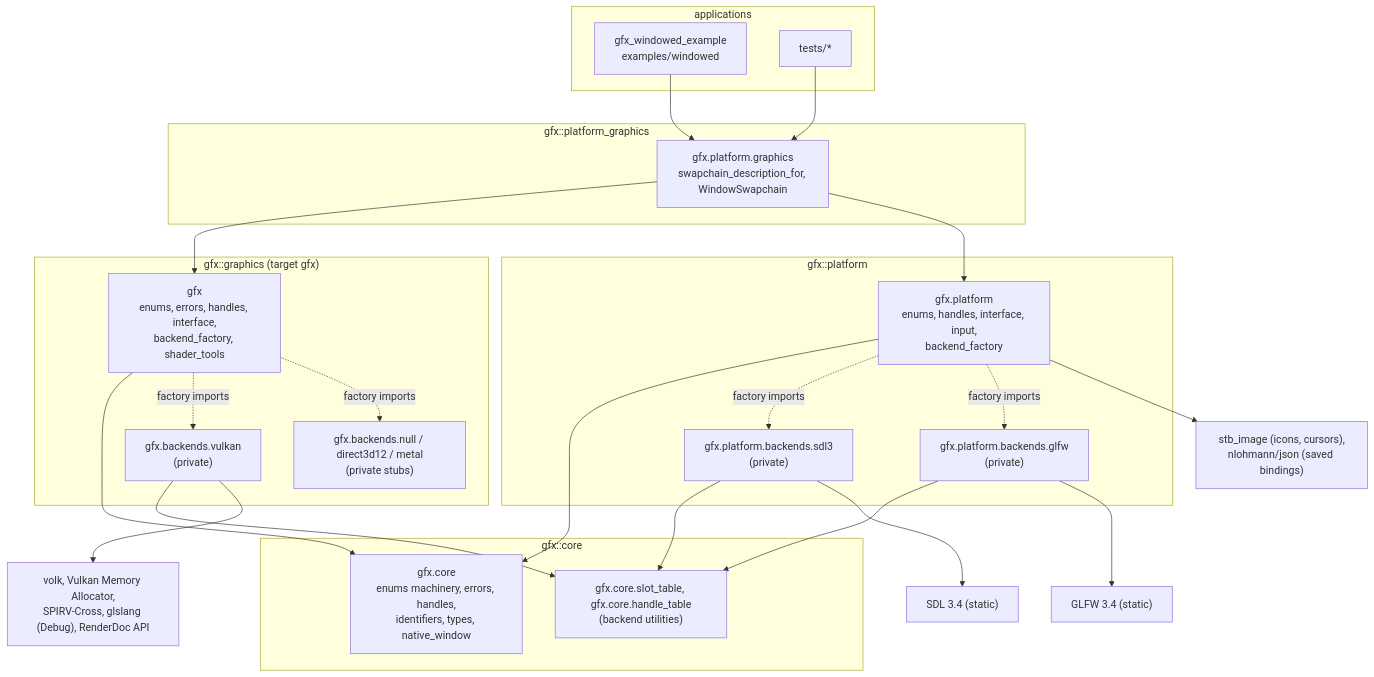
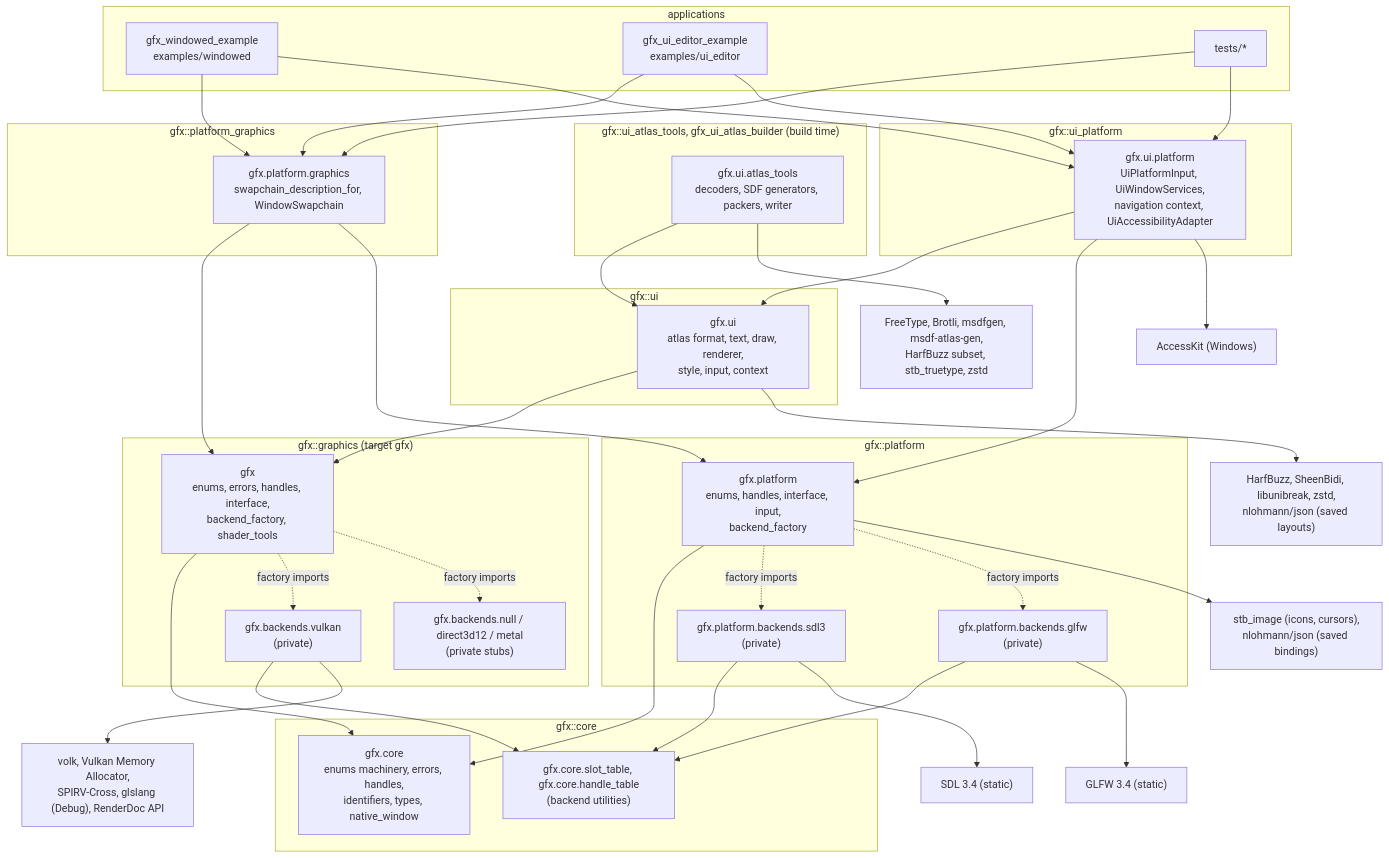
The first of 22 diagrams in docs/architecture.md (bueno-mhc/gfx), drawn with Mermaid before and after one commit. The commit also changed other lines of this file and 14 other files, not shown here.

````diff
--- a/docs/architecture.md
+++ b/docs/architecture.md
@@ -17,41 +19,62 @@
 ```mermaid
 flowchart TB
     subgraph app["applications"]
         example["gfx_windowed_example<br/>examples/windowed"]
+        editor["gfx_ui_editor_example<br/>examples/ui_editor"]
         tests["tests/*"]
+    end
+    subgraph ui_platform_lib["gfx::ui_platform"]
+        ui_platform["gfx.ui.platform<br/>UiPlatformInput, UiWindowServices,<br/>navigation context, UiAccessibilityAdapter"]
+    end
+    subgraph ui_lib["gfx::ui"]
+        ui["gfx.ui<br/>atlas format, text, draw, renderer,<br/>style, input, context"]
+    end
+    subgraph tools_lib["gfx::ui_atlas_tools, gfx_ui_atlas_builder (build time)"]
+        atlas_tools["gfx.ui.atlas_tools<br/>decoders, SDF generators, packers, writer"]
     end
     subgraph bridge_lib["gfx::platform_graphics"]
         bridge["gfx.platform.graphics<br/>swapchain_description_for, WindowSwapchain"]
     end
     subgraph graphics_lib["gfx::graphics (target gfx)"]
         gfx_module["gfx<br/>enums, errors, handles, interface,<br/>backend_factory, shader_tools"]
         vulkan["gfx.backends.vulkan<br/>(private)"]
         graphics_stubs["gfx.backends.null / direct3d12 / metal<br/>(private stubs)"]
     end
     subgraph platform_lib["gfx::platform"]
         platform_module["gfx.platform<br/>enums, handles, interface, input,<br/>backend_factory"]
         sdl3["gfx.platform.backends.sdl3<br/>(private)"]
         glfw["gfx.platform.backends.glfw<br/>(private)"]
     end
     subgraph core_lib["gfx::core"]
         core["gfx.core<br/>enums machinery, errors, handles,<br/>identifiers, types, native_window"]
         tables["gfx.core.slot_table, gfx.core.handle_table<br/>(backend utilities)"]
     end
     example --> bridge
+    example --> ui_platform
+    editor --> bridge
+    editor --> ui_platform
     tests --> bridge
+    tests --> ui_platform
+    ui_platform --> ui
+    ui_platform --> platform_module
+    ui --> gfx_module
+    atlas_tools --> ui
+    ui --> third_ui["HarfBuzz, SheenBidi, libunibreak, zstd,<br/>nlohmann/json (saved layouts)"]
+    ui_platform --> third_accesskit["AccessKit (Windows)"]
+    atlas_tools --> third_tools["FreeType, Brotli, msdfgen, msdf-atlas-gen,<br/>HarfBuzz subset, stb_truetype, zstd"]
     bridge --> gfx_module
     bridge --> platform_module
     gfx_module --> core
     platform_module --> core
     gfx_module -.->|factory imports| vulkan
     gfx_module -.->|factory imports| graphics_stubs
     platform_module -.->|factory imports| sdl3
     platform_module -.->|factory imports| glfw
     vulkan --> tables
     sdl3 --> tables
     glfw --> tables
     vulkan --> third_graphics["volk, Vulkan Memory Allocator,<br/>SPIRV-Cross, glslang (Debug), RenderDoc API"]
     sdl3 --> third_sdl["SDL 3.4 (static)"]
     glfw --> third_glfw["GLFW 3.4 (static)"]
     platform_module --> third_platform["stb_image (icons, cursors),<br/>nlohmann/json (saved bindings)"]
 ```
````
